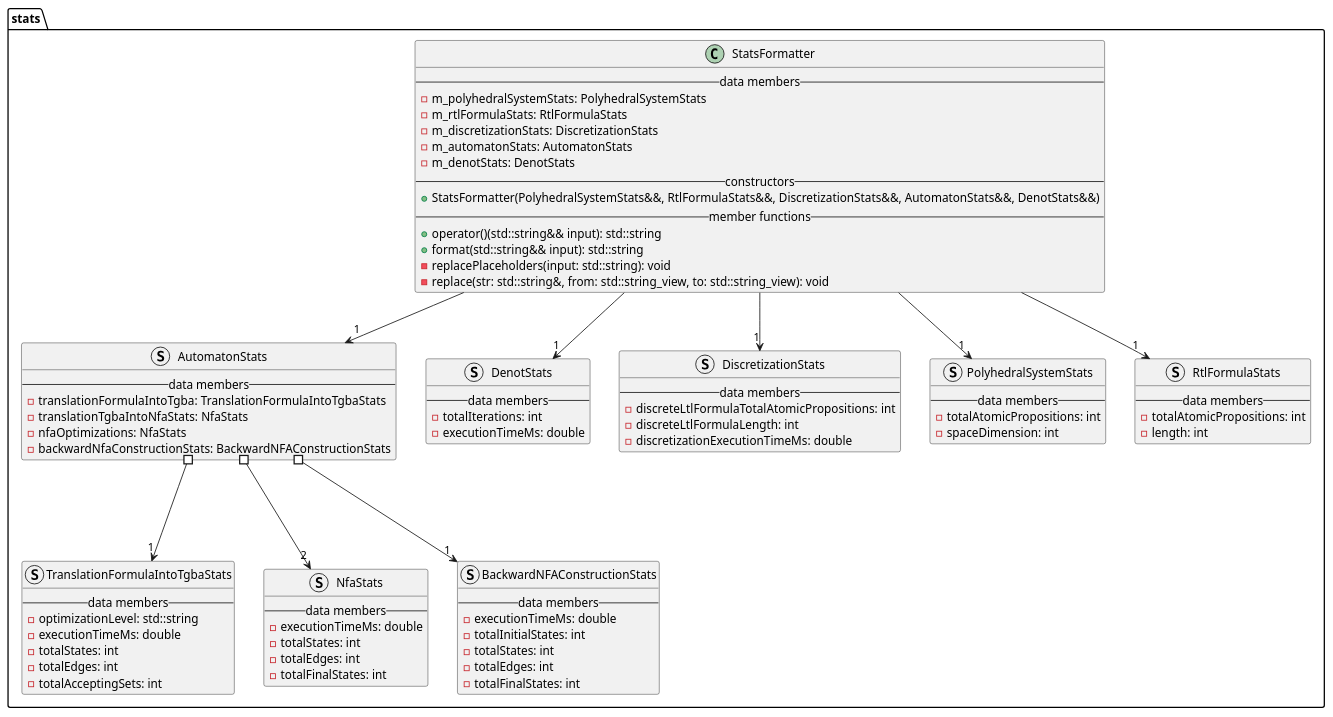
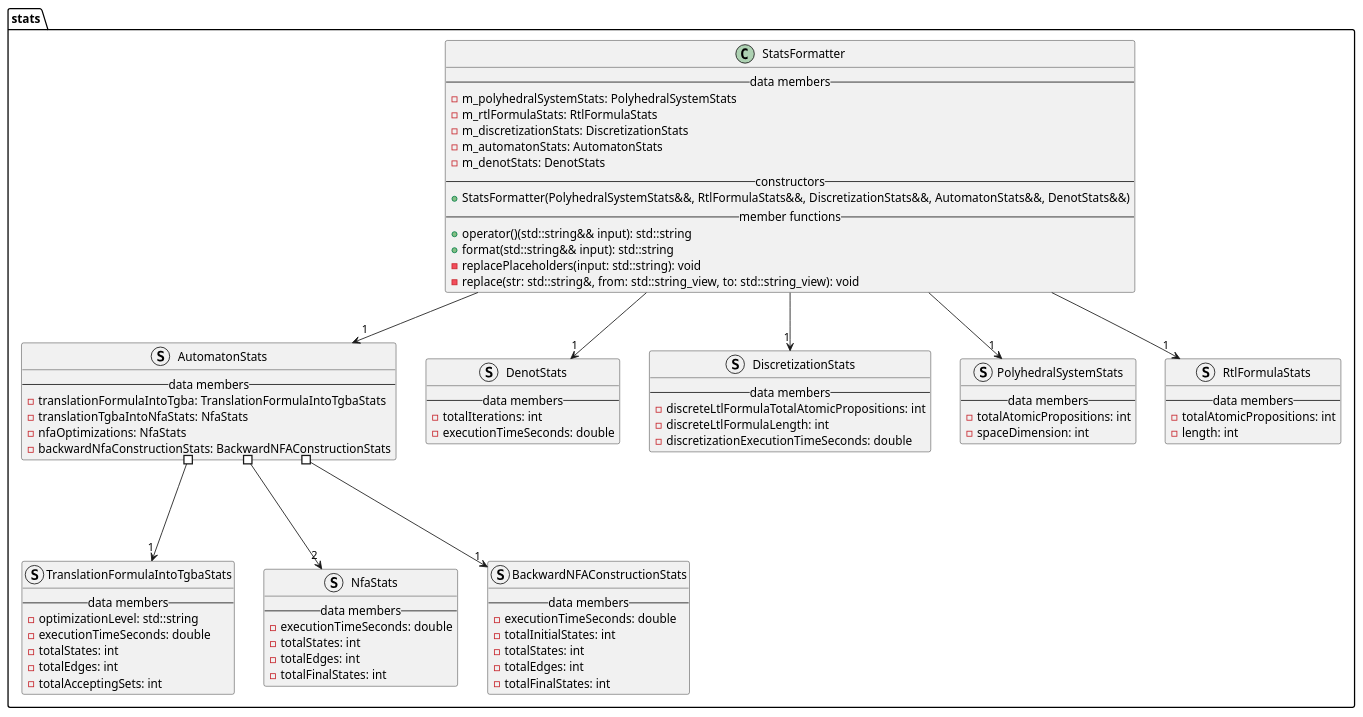
One commit to vtramo/rtl-mc changed the diagram in docs/plantuml/stats.puml. Above: the diagram before and after it, drawn with PlantUML. The commit also changed 10 other files, not shown here.

```diff
--- a/docs/plantuml/stats.puml
+++ b/docs/plantuml/stats.puml
@@ -1,89 +1,89 @@
 @startuml
 
 package stats {
     struct AutomatonStats {
         --data members--
         -translationFormulaIntoTgba: TranslationFormulaIntoTgbaStats
         -translationTgbaIntoNfaStats: NfaStats
         -nfaOptimizations: NfaStats
         -backwardNfaConstructionStats: BackwardNFAConstructionStats
     }
 
     struct TranslationFormulaIntoTgbaStats {
         --data members--
         -optimizationLevel: std::string
-        -executionTimeMs: double
+        -executionTimeSeconds: double
         -totalStates: int
         -totalEdges: int
         -totalAcceptingSets: int
     }
 
     struct NfaStats {
         --data members--
-        -executionTimeMs: double
+        -executionTimeSeconds: double
         -totalStates: int
         -totalEdges: int
         -totalFinalStates: int
     }
 
     struct BackwardNFAConstructionStats {
         --data members--
-        -executionTimeMs: double
+        -executionTimeSeconds: double
         -totalInitialStates: int
         -totalStates: int
         -totalEdges: int
         -totalFinalStates: int
     }
 
     struct DenotStats {
         --data members--
         -totalIterations: int
-        -executionTimeMs: double
+        -executionTimeSeconds: double
     }
 
     struct DiscretizationStats {
         --data members--
         -discreteLtlFormulaTotalAtomicPropositions: int
         -discreteLtlFormulaLength: int
-        -discretizationExecutionTimeMs: double
+        -discretizationExecutionTimeSeconds: double
     }
 
     struct PolyhedralSystemStats {
         --data members--
         -totalAtomicPropositions: int
         -spaceDimension: int
     }
 
     struct RtlFormulaStats {
         --data members--
         -totalAtomicPropositions: int
         -length: int
     }
 
     class StatsFormatter {
         --data members--
         -m_polyhedralSystemStats: PolyhedralSystemStats
         -m_rtlFormulaStats: RtlFormulaStats
         -m_discretizationStats: DiscretizationStats
         -m_automatonStats: AutomatonStats
         -m_denotStats: DenotStats
         --constructors--
         +StatsFormatter(PolyhedralSystemStats&&, RtlFormulaStats&&, DiscretizationStats&&, AutomatonStats&&, DenotStats&&)
         --member functions--
         +operator()(std::string&& input): std::string
         +format(std::string&& input): std::string
         -replacePlaceholders(input: std::string): void
         -replace(str: std::string&, from: std::string_view, to: std::string_view): void
     }
 
     StatsFormatter --> "1" PolyhedralSystemStats
     StatsFormatter --> "1" RtlFormulaStats
     StatsFormatter --> "1" DiscretizationStats
     StatsFormatter --> "1" AutomatonStats
     StatsFormatter --> "1" DenotStats
     AutomatonStats #---> "1" TranslationFormulaIntoTgbaStats
     AutomatonStats #---> "1" BackwardNFAConstructionStats
     AutomatonStats #---> "2" NfaStats
 }
 
 @enduml
```
